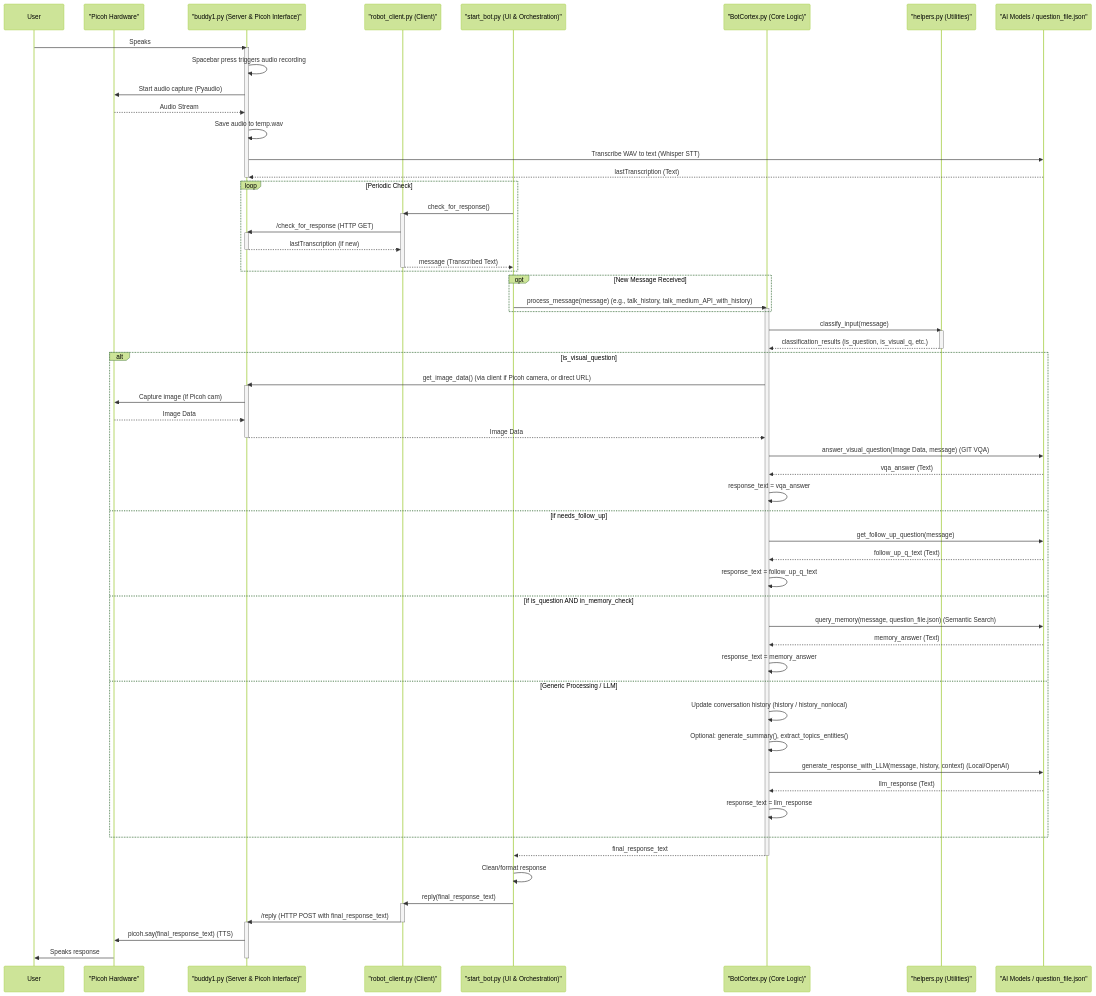
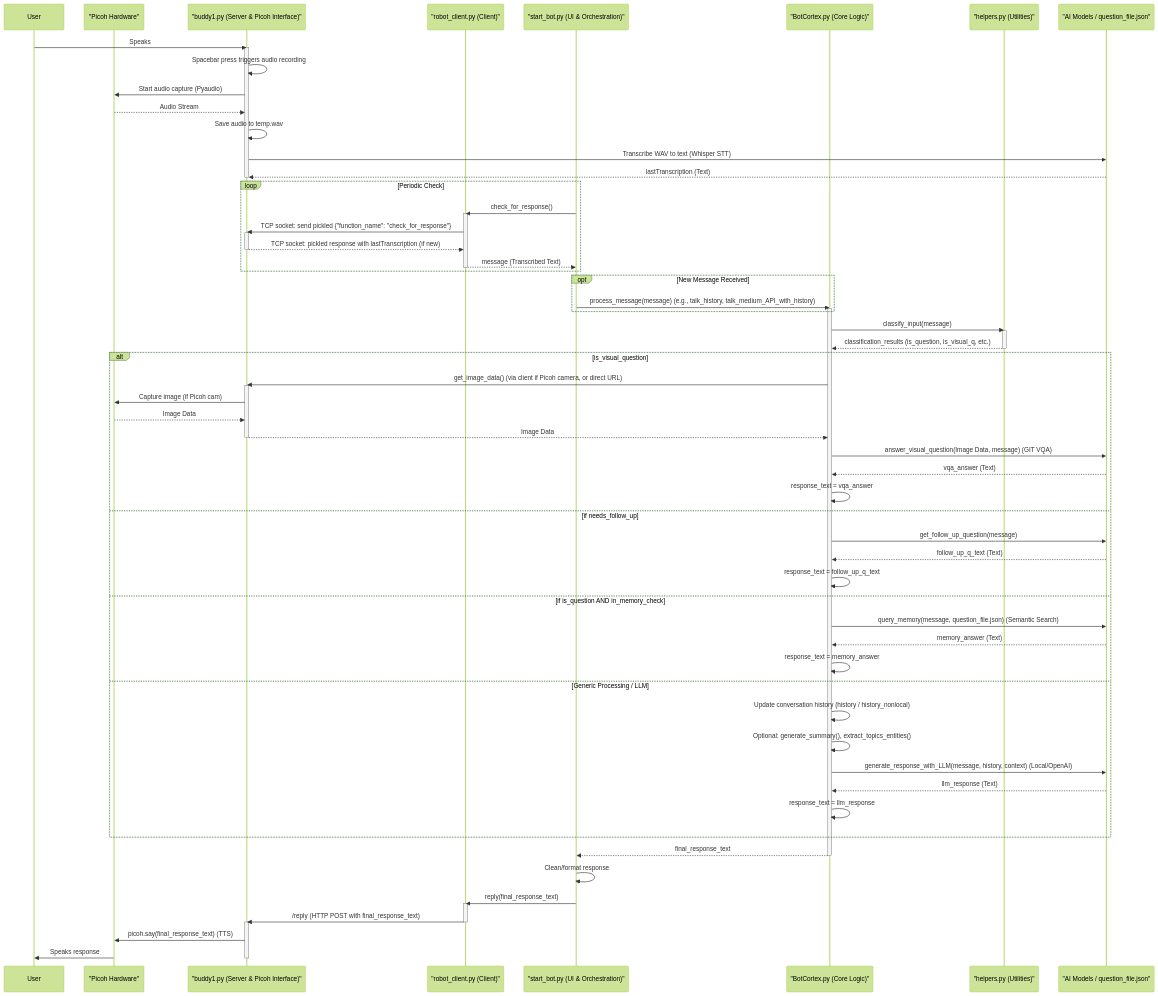
The diagram in conversation_flow.md (dhar174/DeskBuddy), drawn with Mermaid (forest theme) before and after one commit.

```diff
--- a/conversation_flow.md
+++ b/conversation_flow.md
@@ -24,9 +24,9 @@
     loop Periodic Check
         start_bot->>client: check_for_response()
         activate client
-        client->>buddy1: /check_for_response (HTTP GET)
+        client->>buddy1: TCP socket: send pickled {"function_name": "check_for_response"}
         activate buddy1
-        buddy1-->>client: lastTranscription (if new)
+        buddy1-->>client: TCP socket: pickled response with lastTranscription (if new)
         deactivate buddy1
         client-->>start_bot: message (Transcribed Text)
         deactivate client
```
